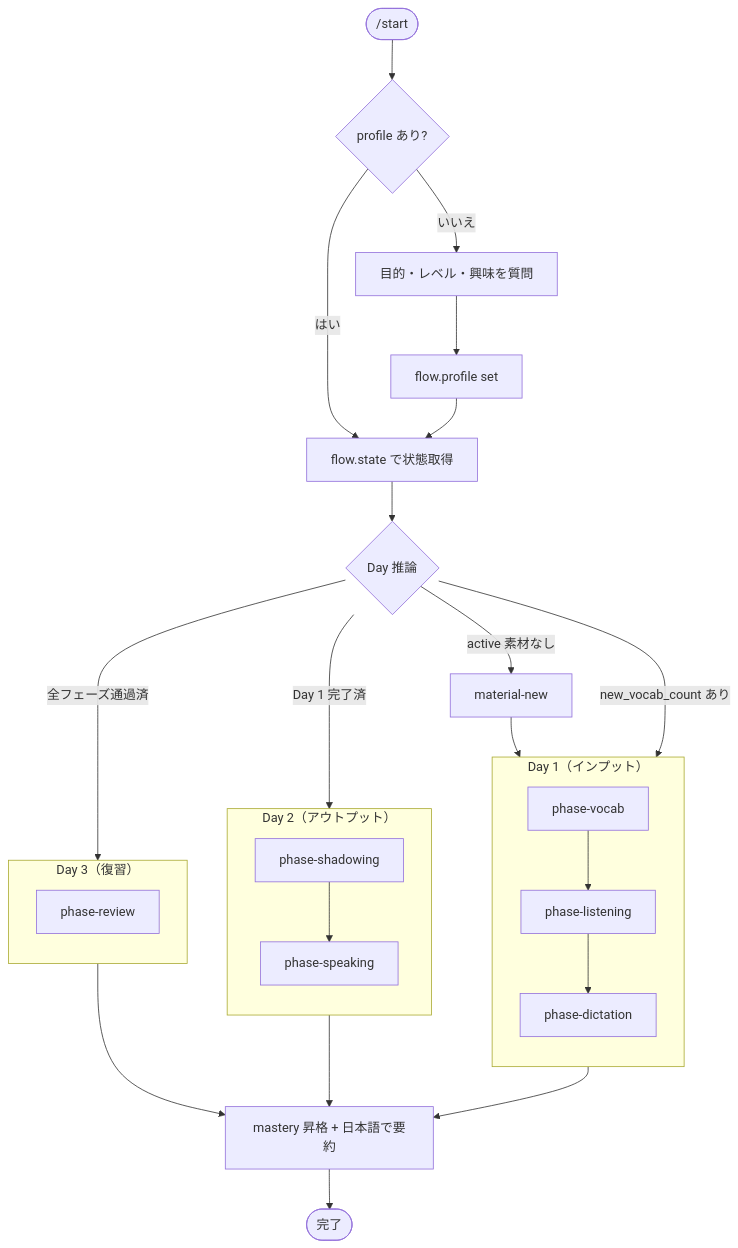
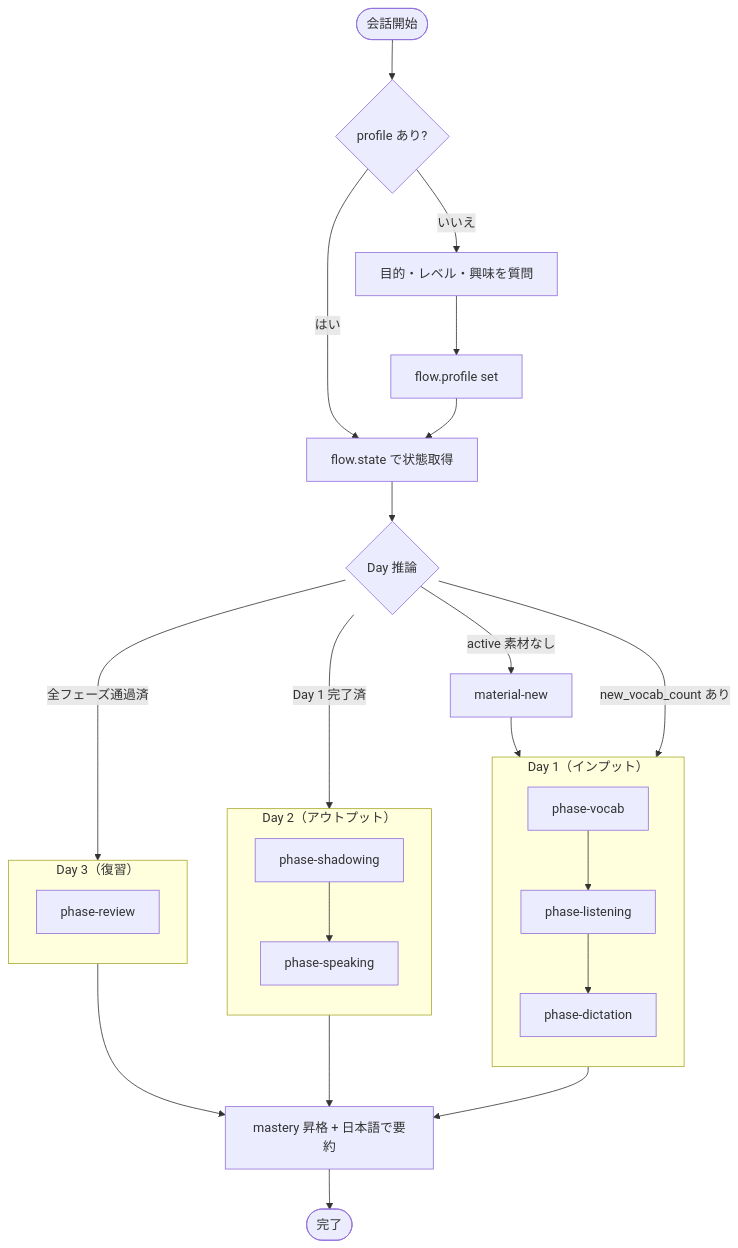
The first of 2 diagrams in .kiro/agents/english-tutor.md (RuiHirano/english-tutor), drawn with Mermaid before and after one commit. The commit also changed other lines of this file and 2 other files, not shown here.

First line of the commit message:
refactor(kiro): drop start skill, auto-run flow on conversation open

````diff
--- a/.kiro/agents/english-tutor.md
+++ b/.kiro/agents/english-tutor.md
@@ -7,38 +7,38 @@
 ```mermaid
 flowchart TD
-  S([/start]) --> P{profile あり?}
+  S([会話開始]) --> P{profile あり?}
   P -- いいえ --> AP[目的・レベル・興味を質問]
   AP --> SP[flow.profile set]
   P -- はい --> ST[flow.state で状態取得]
   SP --> ST
   ST --> DI{Day 推論}
 
   DI -- active 素材なし --> MN[material-new]
   MN --> P1
   DI -- new_vocab_count あり --> P1
   DI -- Day 1 完了済 --> P4
   DI -- 全フェーズ通過済 --> P6
 
   subgraph D1["Day 1（インプット）"]
     direction TB
     P1[phase-vocab] --> P2[phase-listening]
     P2 --> P3[phase-dictation]
   end
 
   subgraph D2["Day 2（アウトプット）"]
     direction TB
     P4[phase-shadowing] --> P5[phase-speaking]
   end
 
   subgraph D3["Day 3（復習）"]
     direction TB
     P6[phase-review]
   end
 
   P3 --> W
   P5 --> W
   P6 --> W
 
   W[mastery 昇格 + 日本語で要約]
   W --> E([完了])
 ```
````
